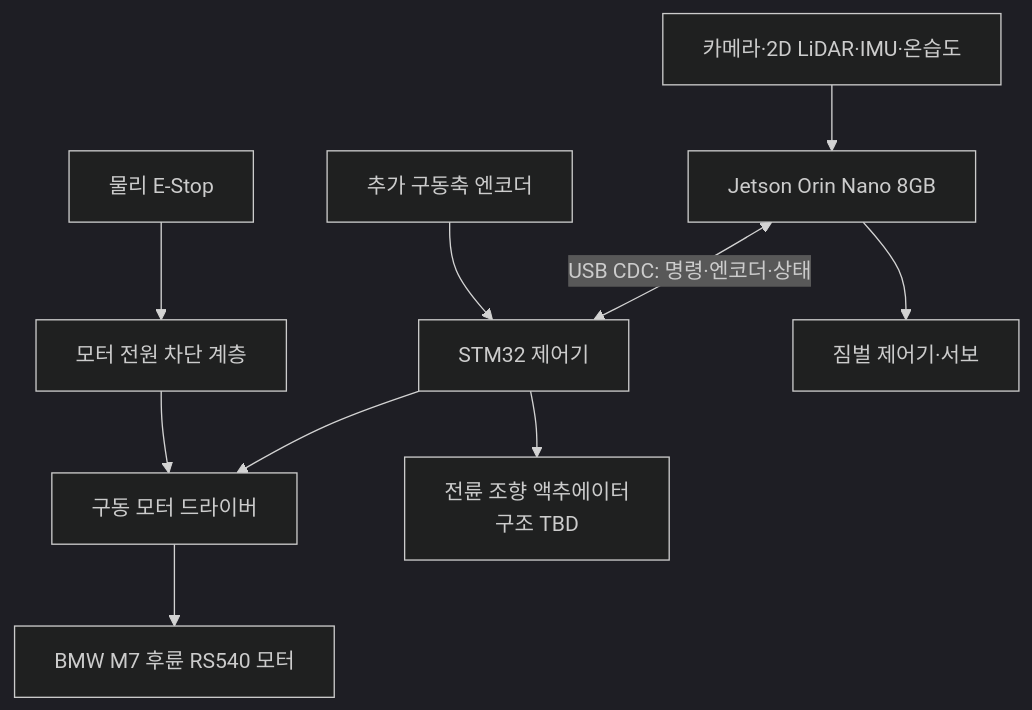
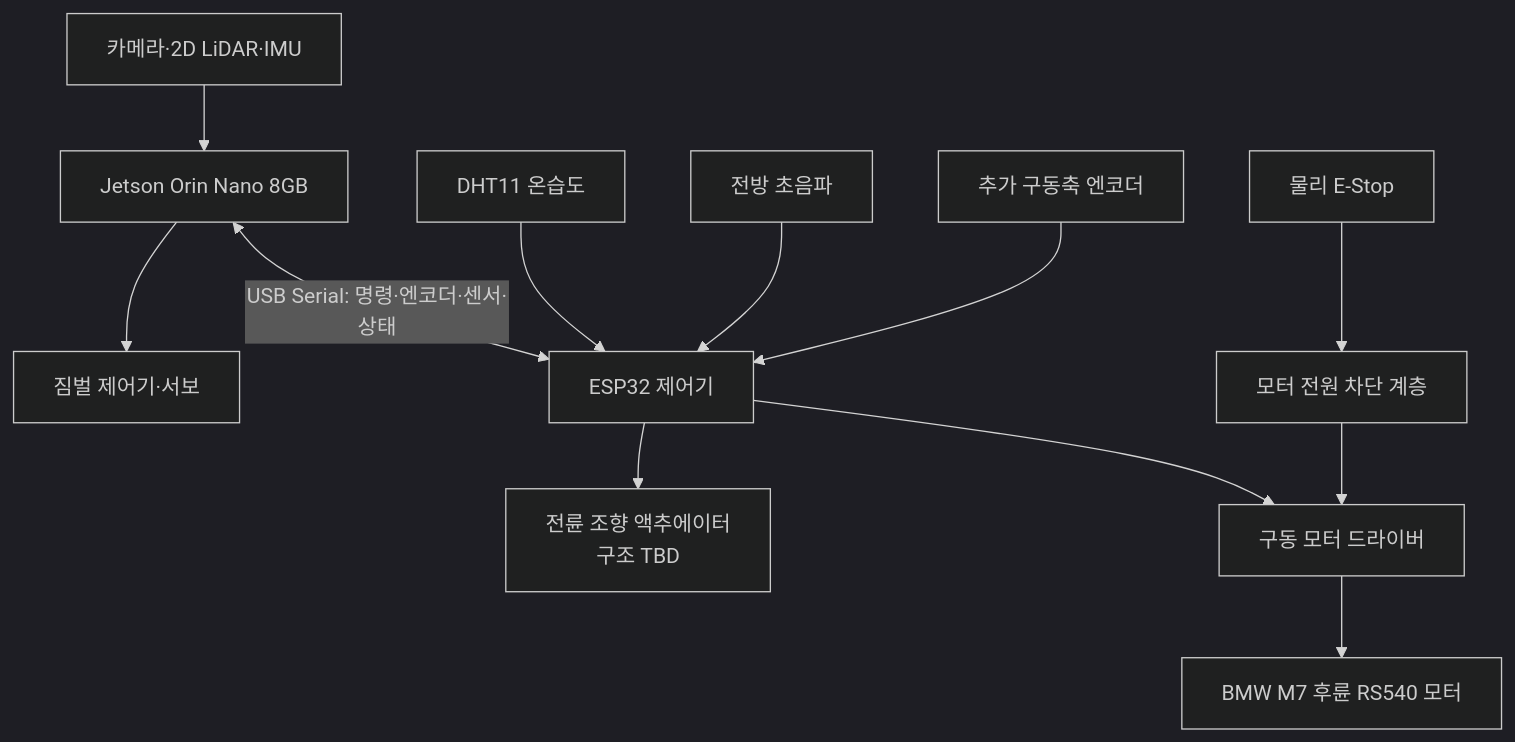
One commit to Common-AIOT/Sentinel-UGV changed the diagram in docs/02-하드웨어.md. Above: the diagram before and after it, drawn with Mermaid (dark theme). The commit also changed other lines of this file and 8 other files, not shown here.

````diff
--- a/docs/02-하드웨어.md
+++ b/docs/02-하드웨어.md
@@ -92,12 +95,14 @@
 ```mermaid
 flowchart TB
-    sensors["카메라·2D LiDAR·IMU·온습도"] --> jetson["Jetson Orin Nano 8GB"]
-    jetson <-->|"USB CDC: 명령·엔코더·상태"| stm32["STM32 제어기"]
-    stm32 --> driver["구동 모터 드라이버"]
+    sensors["카메라·2D LiDAR·IMU"] --> jetson["Jetson Orin Nano 8GB"]
+    environment["DHT11 온습도"] --> esp32["ESP32 제어기"]
+    ultrasonic["전방 초음파"] --> esp32
+    jetson <-->|"USB Serial: 명령·엔코더·센서·상태"| esp32
+    esp32 --> driver["구동 모터 드라이버"]
     driver --> motor["BMW M7 후륜 RS540 모터"]
-    encoder["추가 구동축 엔코더"] --> stm32
-    stm32 --> steering["전륜 조향 액추에이터\n구조 TBD"]
+    encoder["추가 구동축 엔코더"] --> esp32
+    esp32 --> steering["전륜 조향 액추에이터\n구조 TBD"]
     estop["물리 E-Stop"] --> power["모터 전원 차단 계층"]
     power --> driver
     jetson --> gimbal["짐벌 제어기·서보"]
 ```
````
